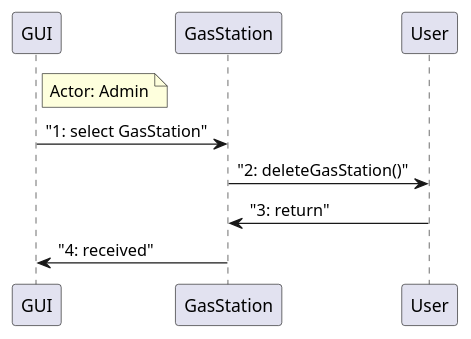
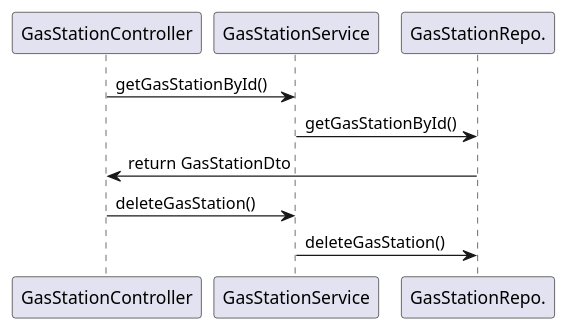
Before and after one commit to aureliocirella/se1-ezgas: diagram 12 of 12 in docs/DesignDocument.md, drawn with PlantUML. The commit also changed other lines of this file, not shown here.

Commit message:
fix: sequence diagram fixed

````diff
--- a/docs/DesignDocument.md
+++ b/docs/DesignDocument.md
@@ -625,9 +631,10 @@
 ```plantuml
 @startuml
-Note right of GUI: Actor: Admin
-GUI -> GasStation: "1: select GasStation"
-GasStation -> User: "2: deleteGasStation()" 
-User-> GasStation: "3: return"
-GasStation -> GUI: "4: received"
+
+GasStationController -> GasStationService: getGasStationById()
+GasStationService -> GasStationRepo.: getGasStationById()
+GasStationRepo. -> GasStationController: return GasStationDto
+GasStationController -> GasStationService: deleteGasStation()
+GasStationService -> GasStationRepo.: deleteGasStation()
 @enduml
 ```
````
